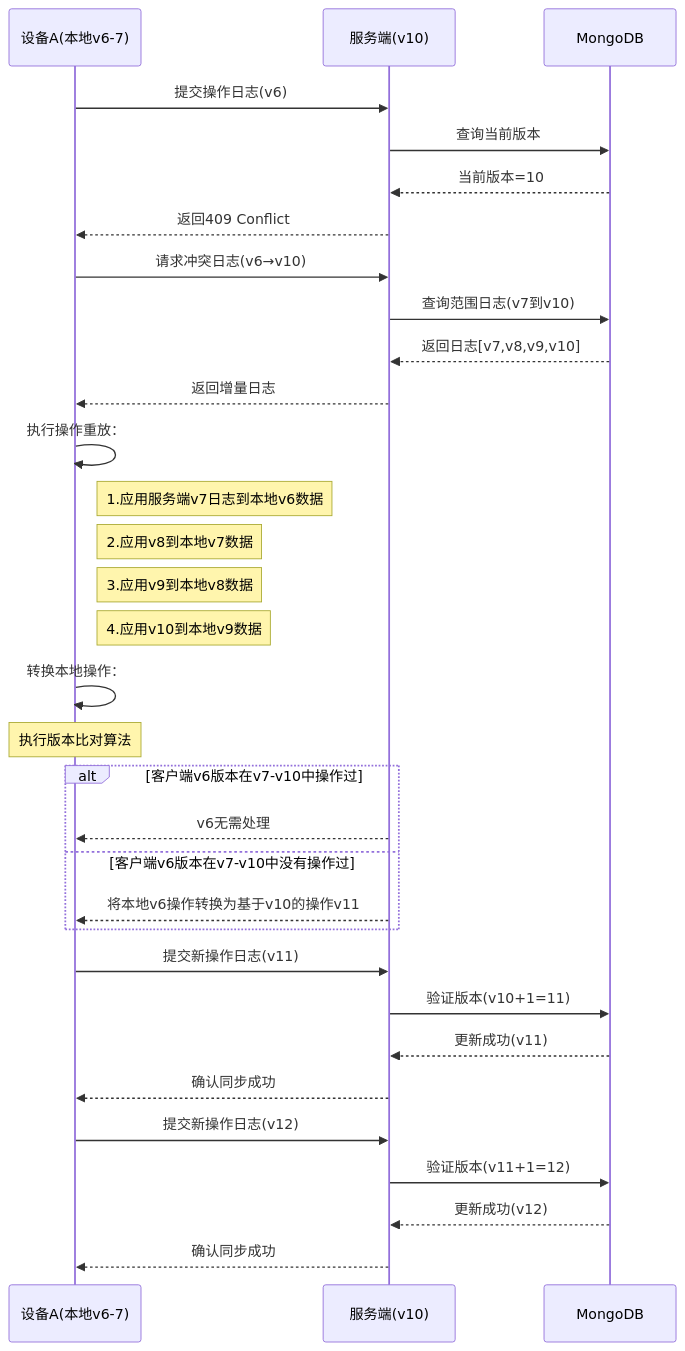
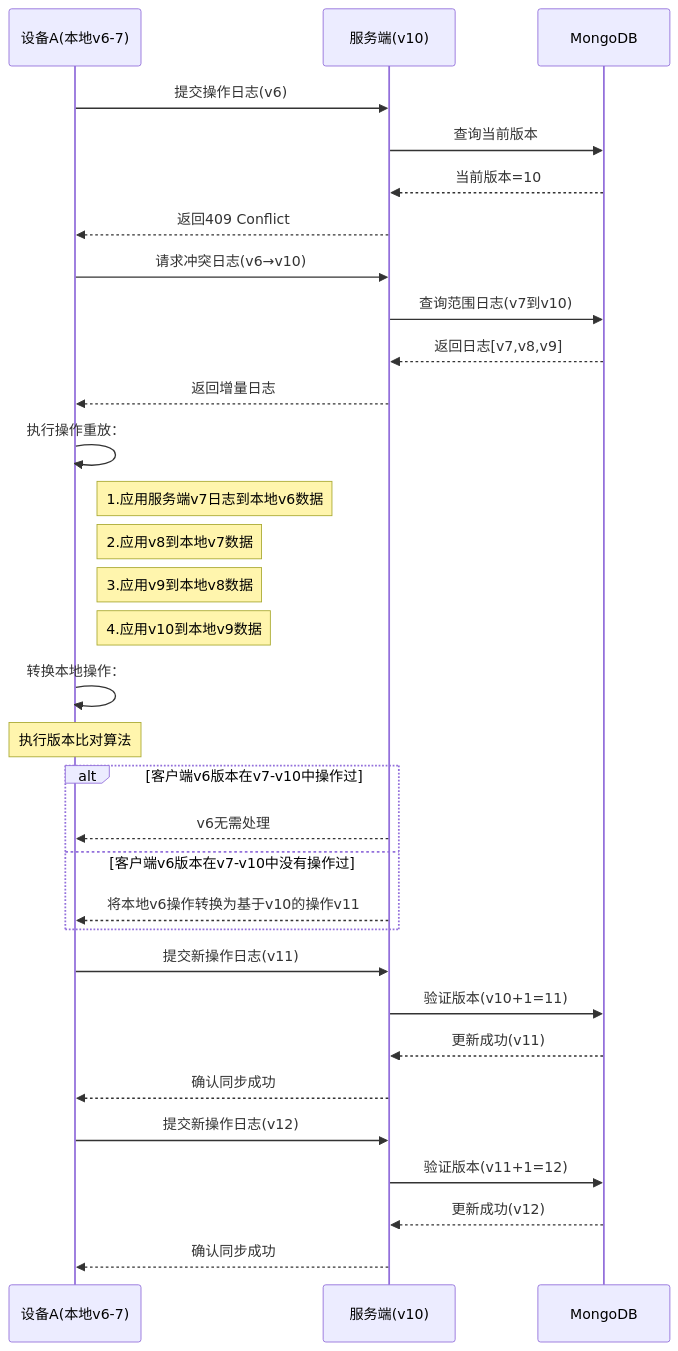
Before and after one commit to yingjianzh/iodraw-files: the diagram in all/未命名-26.md, drawn with Mermaid.

Commit message:
2025-02-26 16:56:53 update

````diff
--- a/all/未命名-26.md
+++ b/all/未命名-26.md
@@ -1,46 +1,46 @@
 ```mermaid
 sequenceDiagram
     participant A as 设备A(本地v6-7)
     participant S as 服务端(v10)
     participant DB as MongoDB
 
     %% 初始同步尝试
     A->>S: 提交操作日志(v6)
     S->>DB: 查询当前版本
     DB-->>S: 当前版本=10
     S-->>A: 返回409 Conflict
 
     %% 冲突解决阶段
     A->>S: 请求冲突日志(v6→v10)
     S->>DB: 查询范围日志(v7到v10)
-    DB-->>S: 返回日志[v7,v8,v9,v10]
+    DB-->>S: 返回日志[v7,v8,v9]
     S-->>A: 返回增量日志
 
 
     %% 本地数据重建
     A->>A: 执行操作重放：
     note right of A: 1.应用服务端v7日志到本地v6数据
     note right of A: 2.应用v8到本地v7数据
     note right of A: 3.应用v9到本地v8数据
     note right of A: 4.应用v10到本地v9数据
 
     %% 本地操作转换
     A->>A: 转换本地操作：
     Note over A: 执行版本比对算法
     alt 客户端v6版本在v7-v10中操作过
         S-->>A: v6无需处理
     else 客户端v6版本在v7-v10中没有操作过
         S-->>A: 将本地v6操作转换为基于v10的操作v11
     end
 
     %% 重新提交
     A->>S: 提交新操作日志(v11)
     S->>DB: 验证版本(v10+1=11)
     DB-->>S: 更新成功(v11)
     S-->>A: 确认同步成功
 
     A->>S: 提交新操作日志(v12)
     S->>DB: 验证版本(v11+1=12)
     DB-->>S: 更新成功(v12)
     S-->>A: 确认同步成功
 ```
````
